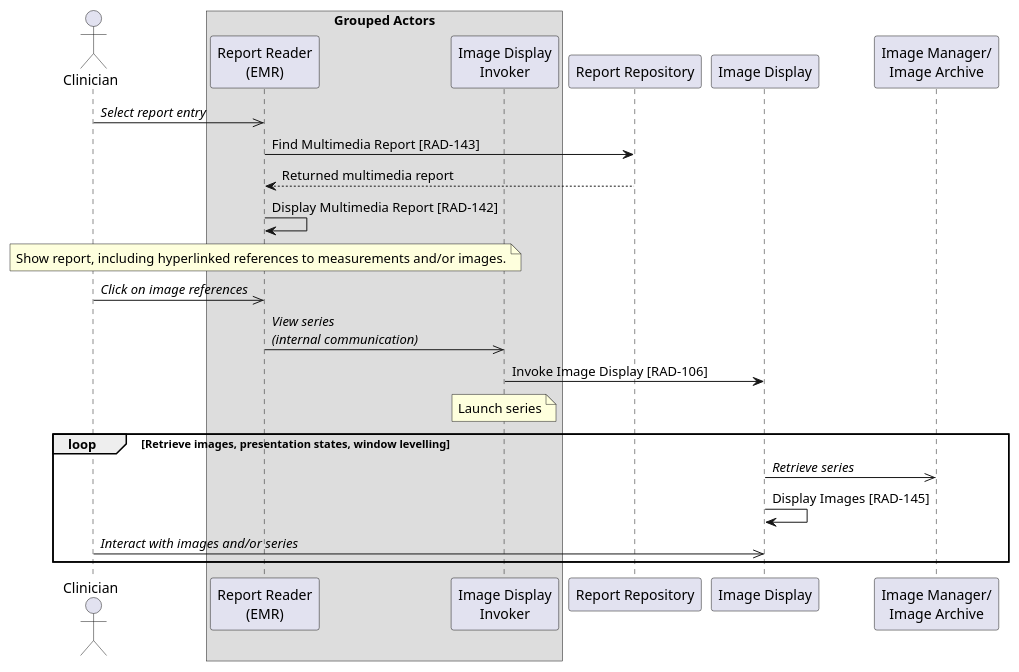
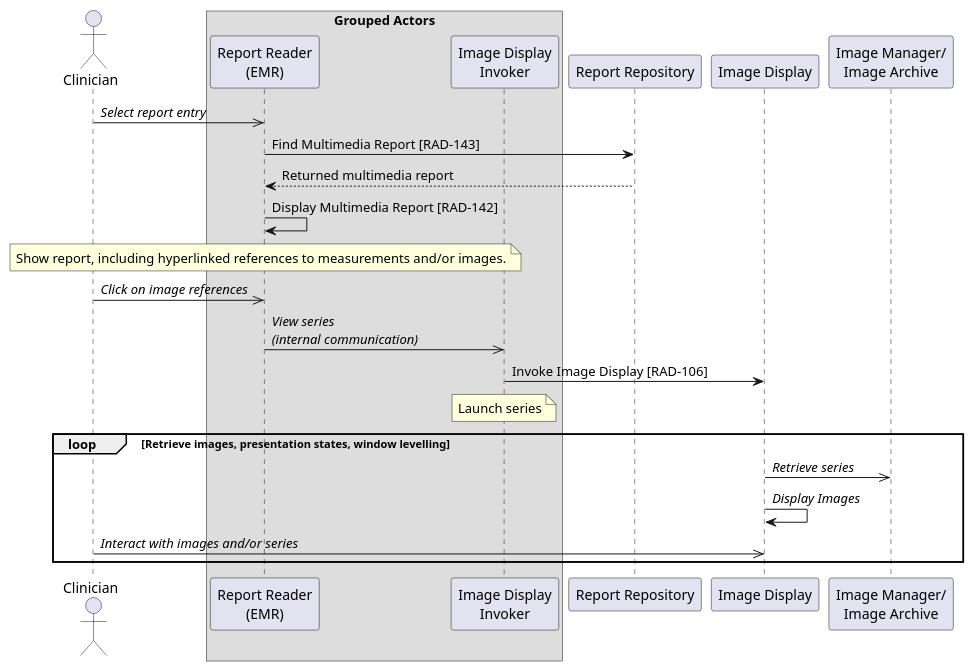
The diagram in input/images-source/uc4-presenting-interactive-report-EMR.plantuml (IHE/RAD.IMR), drawn with PlantUML before and after one commit. The commit also changed 4 other files, not shown here.

Commit message:
#28 Remove reference to RAD-145 for Display Image.

```diff
--- a/input/images-source/uc4-presenting-interactive-report-EMR.plantuml
+++ b/input/images-source/uc4-presenting-interactive-report-EMR.plantuml
@@ -1,38 +1,38 @@
 @startuml
 
 actor Clinician as Clinician
 
 box Grouped Actors
 participant "Report Reader\n(EMR)" as EMR
 participant "Image Display\nInvoker" as Invoker
 end box
 
 participant "Report Repository" as Repo
 
 participant "Image Display" as Display
 participant "Image Manager/\nImage Archive" as Archive
 
 Clinician->>EMR: //Select report entry//
 
 EMR->Repo: Find Multimedia Report [RAD-143]
 Repo-->EMR: Returned multimedia report
 EMR->EMR: Display Multimedia Report [RAD-142]
 note over EMR
 Show report, including hyperlinked references to measurements and/or images.
 end note
 
 Clinician->>EMR: //Click on image references//
 EMR->>Invoker: //View series//\n//(internal communication)//
 Invoker->Display: Invoke Image Display [RAD-106]
 note over Invoker
 Launch series
 end note
 
 loop Retrieve images, presentation states, window levelling
 Display->>Archive: //Retrieve series//
-Display->Display: Display Images [RAD-145]
+Display->Display: //Display Images//
 
 Clinician->>Display: //Interact with images and/or series//
 end loop
 
 @enduml
```
